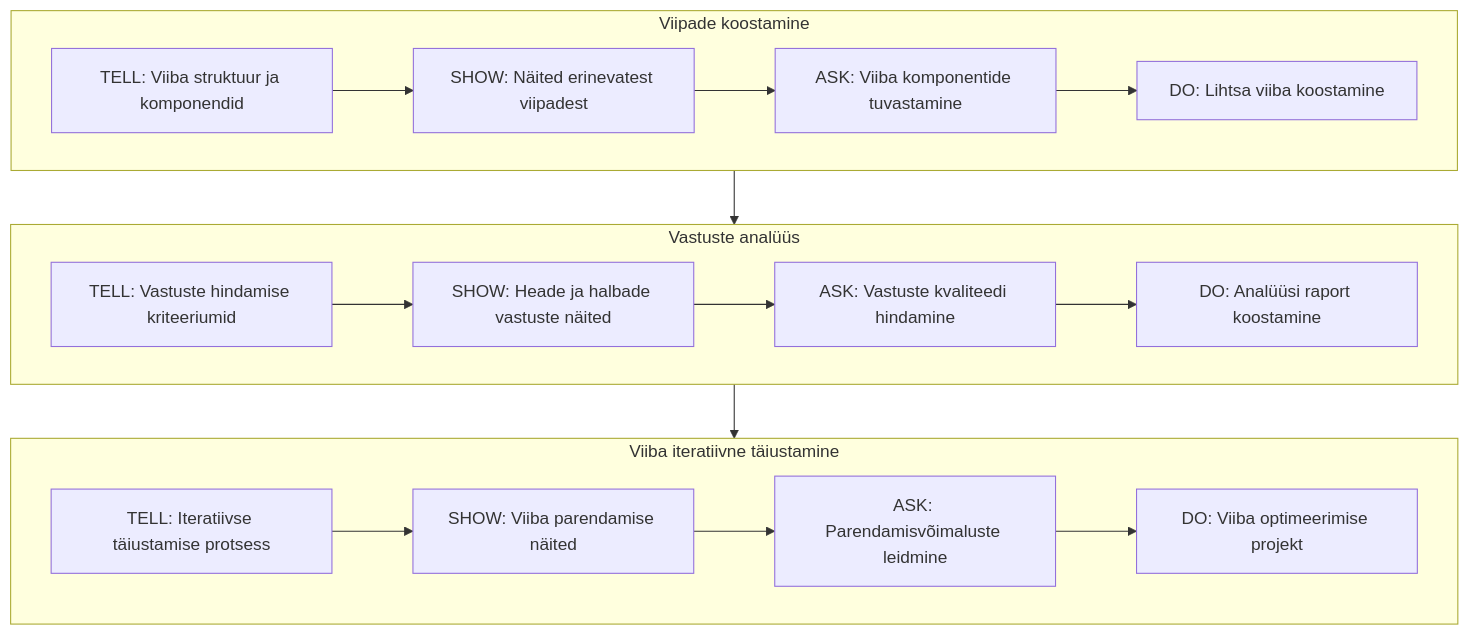
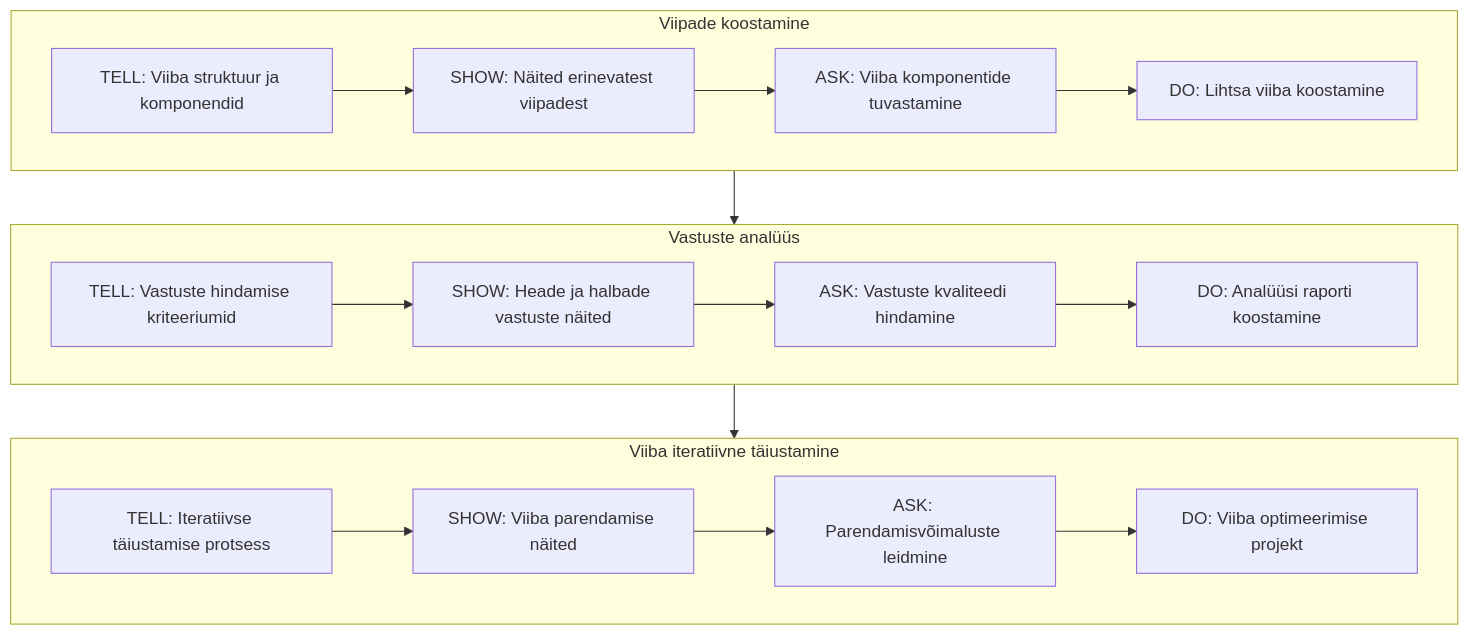
The first of 2 diagrams in README.md (TLUHK-RIF20-Juho/ai-learn), drawn with Mermaid before and after one commit. The commit also changed other lines of this file and 3 other files, not shown here.

````diff
--- a/README.md
+++ b/README.md
@@ -11,28 +11,28 @@
 ```mermaid
 flowchart TB
     subgraph Tegum1[Viipade koostamine]
     t1[TELL: Viiba struktuur ja komponendid]
     t2[SHOW: Näited erinevatest viipadest]
     t3[ASK: Viiba komponentide tuvastamine]
     t4[DO: Lihtsa viiba koostamine]
     t1 --> t2 --> t3 --> t4
     end
 
     subgraph Tegum2[Vastuste analüüs]
     a1[TELL: Vastuste hindamise kriteeriumid]
     a2[SHOW: Heade ja halbade vastuste näited]
     a3[ASK: Vastuste kvaliteedi hindamine]
-    a4[DO: Analüüsi raport koostamine]
+    a4[DO: Analüüsi raporti koostamine]
     a1 --> a2 --> a3 --> a4
     end
 
     subgraph Tegum3[Viiba iteratiivne täiustamine]
     i1[TELL: Iteratiivse täiustamise protsess]
     i2[SHOW: Viiba parendamise näited]
     i3[ASK: Parendamisvõimaluste leidmine]
     i4[DO: Viiba optimeerimise projekt]
     i1 --> i2 --> i3 --> i4
     end
 
     Tegum1 --> Tegum2 --> Tegum3
 ```
````
